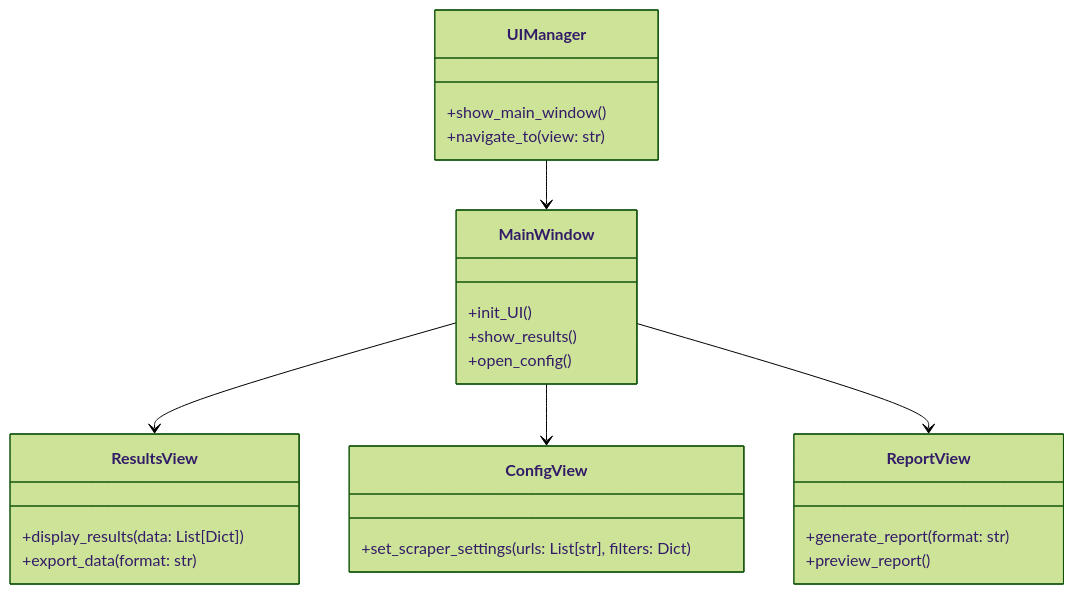
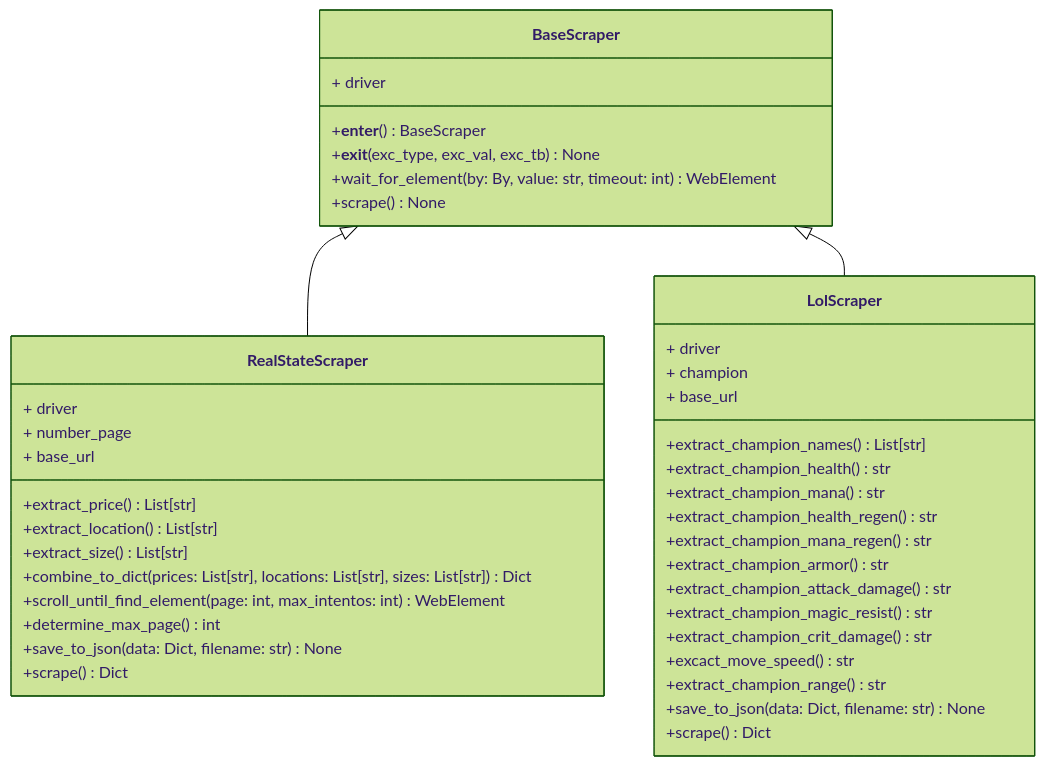
Before and after one commit to Angel-Suescun/Sistema-De-Webscrapping: the first of 3 diagrams in README.md, drawn with Mermaid (forest theme). The commit also changed other lines of this file, not shown here.

````diff
--- a/README.md
+++ b/README.md
@@ -126,34 +40,47 @@
 ```mermaid
-
 classDiagram
-    class UIManager {
-        +show_main_window()
-        +navigate_to(view: str)
+    class BaseScraper {
+        + driver
+        +__enter__() BaseScraper
+        +__exit__(exc_type, exc_val, exc_tb) None
+        +wait_for_element(by: By, value: str, timeout: int) WebElement
+        +scrape() None
     }
 
-    class MainWindow {
-        +init_UI()
-        +show_results()
-        +open_config()
+    class RealStateScraper {
+        + driver
+        + number_page
+        + base_url
+
+        +extract_price() List[str]
+        +extract_location() List[str]
+        +extract_size() List[str]
+        +combine_to_dict(prices: List[str], locations: List[str], sizes: List[str]) Dict
+        +scroll_until_find_element(page: int, max_intentos: int) WebElement
+        +determine_max_page() int
+        +save_to_json(data: Dict, filename: str) None
+        +scrape() Dict
     }
 
-    class ResultsView {
-        +display_results(data: List[Dict])
-        +export_data(format: str)
+    class LolScraper {
+        + driver
+        + champion
+        + base_url
+        +extract_champion_names() List[str]
+        +extract_champion_health() str
+        +extract_champion_mana() str
+        +extract_champion_health_regen() str
+        +extract_champion_mana_regen() str
+        +extract_champion_armor() str
+        +extract_champion_attack_damage() str
+        +extract_champion_magic_resist() str
+        +extract_champion_crit_damage() str
+        +excact_move_speed() str
+        +extract_champion_range() str
+        +save_to_json(data: Dict, filename: str) None
+        +scrape() Dict
     }
-
-    class ConfigView {
-        +set_scraper_settings(urls: List[str], filters: Dict)
-    }
-
-    class ReportView {
-        +generate_report(format: str)
-        +preview_report()
-    }
-
-    UIManager --> MainWindow
-    MainWindow --> ResultsView
-    MainWindow --> ConfigView
-    MainWindow --> ReportView
+    BaseScraper <|-- RealStateScraper
+    BaseScraper <|-- LolScraper
 
 ```
````
